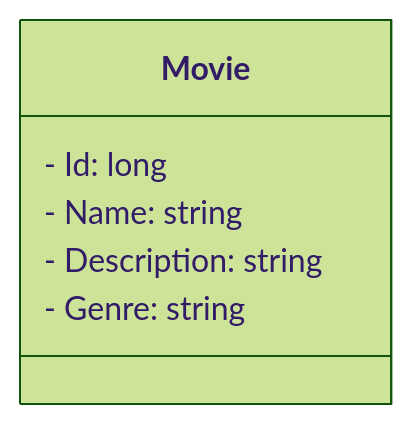
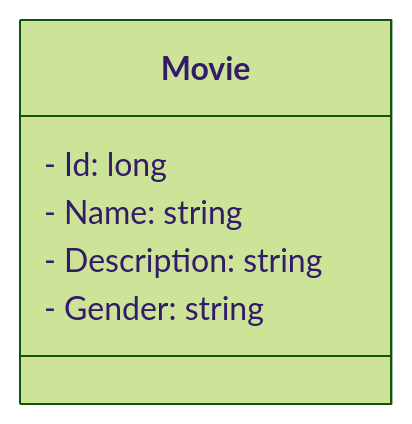
Before and after one commit to glauberosouza/GEM-Golden-Era-Movie: the diagram in README.md, drawn with Mermaid (forest theme). The commit also changed other lines of this file, not shown here.

````diff
--- a/README.md
+++ b/README.md
@@ -19,9 +17,9 @@
 ```mermaid
 classDiagram
   class Movie {
     - Id: long
     - Name: string
     - Description: string
-    - Genre: string
+    - Gender: string
   }
 ```
````
